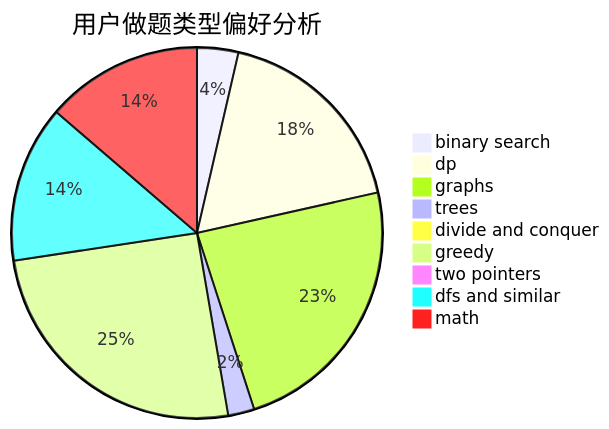
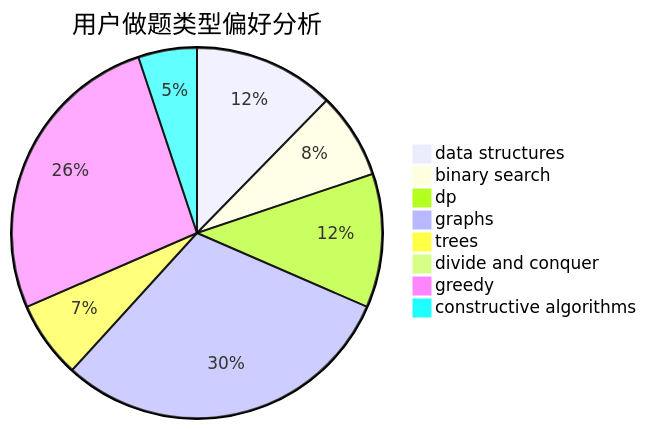
One commit to sherpahu/cfrs.github.io changed the second of 3 diagrams in docs/user/u807.md. Above: the diagram before and after it, drawn with Mermaid. The commit also changed other lines of this file and 2775 other files, not shown here.

````diff
--- a/docs/user/u807.md
+++ b/docs/user/u807.md
@@ -23,12 +23,11 @@
 ```mermaid
 pie title 用户做题类型偏好分析
-    "binary search" :  66
-    "dp" :  328
-    "graphs" :  431
+    "data structures" :  77
+    "binary search" :  47
+    "dp" :  73
+    "graphs" :  189
     "trees" :  42
-    "divide and conquer" :  7
-    "greedy" :  464
-    "two pointers" :  16
-    "dfs and similar" :  251
-    "math" :  251
+    "divide and conquer" :  0
+    "greedy" :  165
+    "constructive algorithms" :  32
 ```
````
